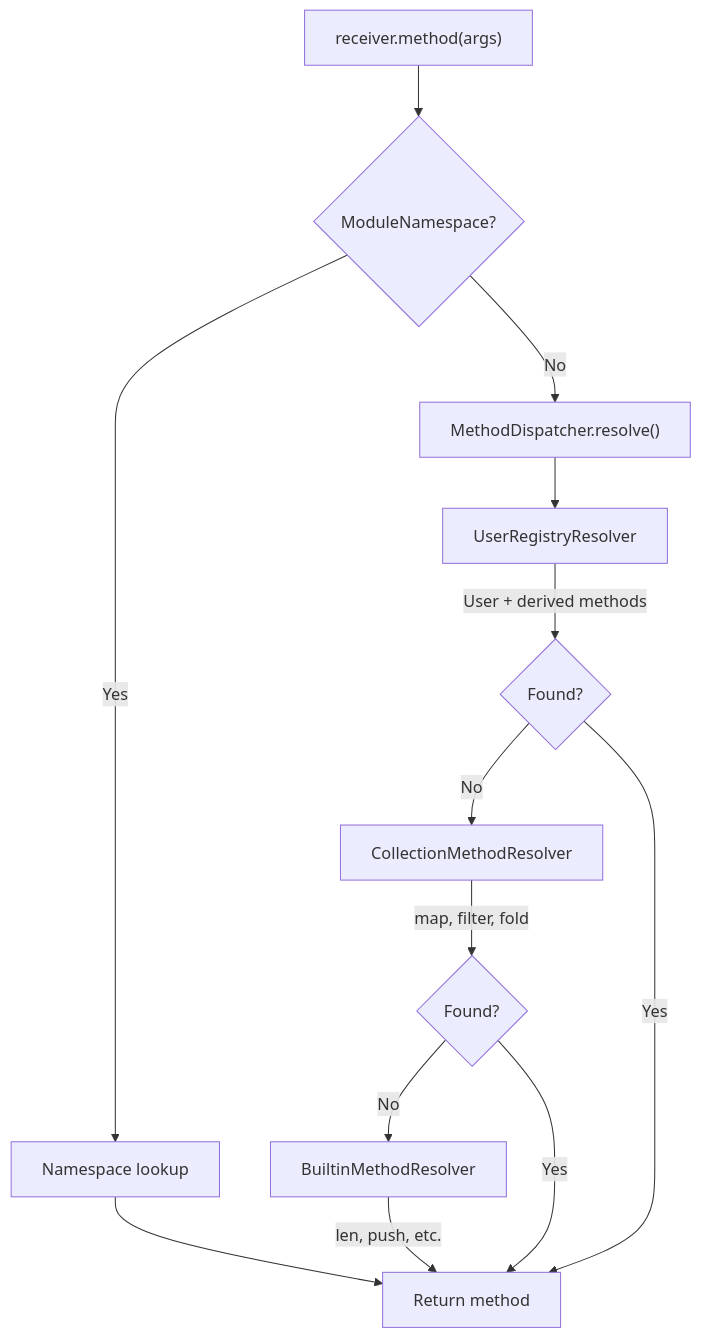
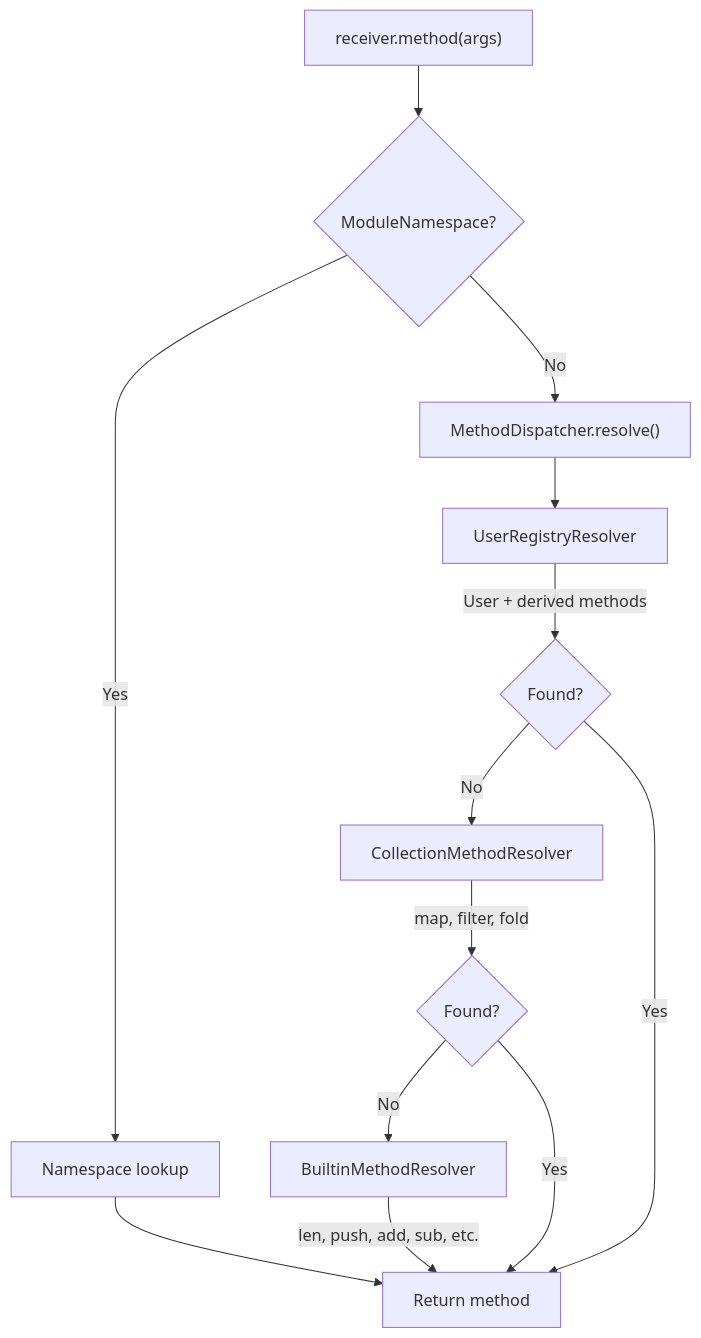
One commit to upstat-io/ori-lang changed the diagram in docs/compiler/design/07-evaluator/index.md. Above: the diagram before and after it, drawn with Mermaid. The commit also changed other lines of this file and 10 other files, not shown here.

````diff
--- a/docs/compiler/design/07-evaluator/index.md
+++ b/docs/compiler/design/07-evaluator/index.md
@@ -337,15 +337,15 @@
 ```mermaid
 flowchart TB
     A["receiver.method(args)"] --> Z{"ModuleNamespace?"}
     Z -->|Yes| Y["Namespace lookup"]
     Y --> H
     Z -->|No| B["MethodDispatcher.resolve()"]
     B --> C["UserRegistryResolver"]
     C -->|"User + derived methods"| D{"Found?"}
     D -->|No| E["CollectionMethodResolver"]
     E -->|"map, filter, fold"| F{"Found?"}
     F -->|No| G["BuiltinMethodResolver"]
-    G -->|"len, push, etc."| H["Return method"]
+    G -->|"len, push, add, sub, etc."| H["Return method"]
     D -->|Yes| H
     F -->|Yes| H
 ```
````
